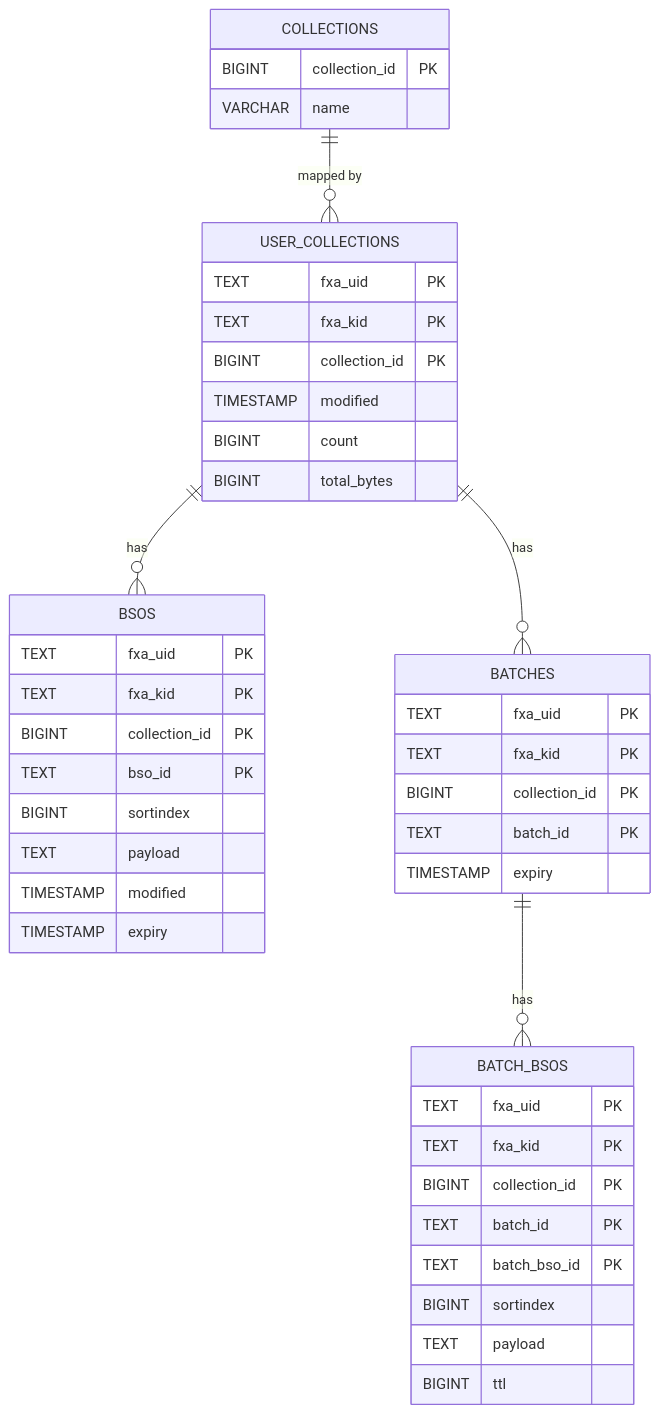
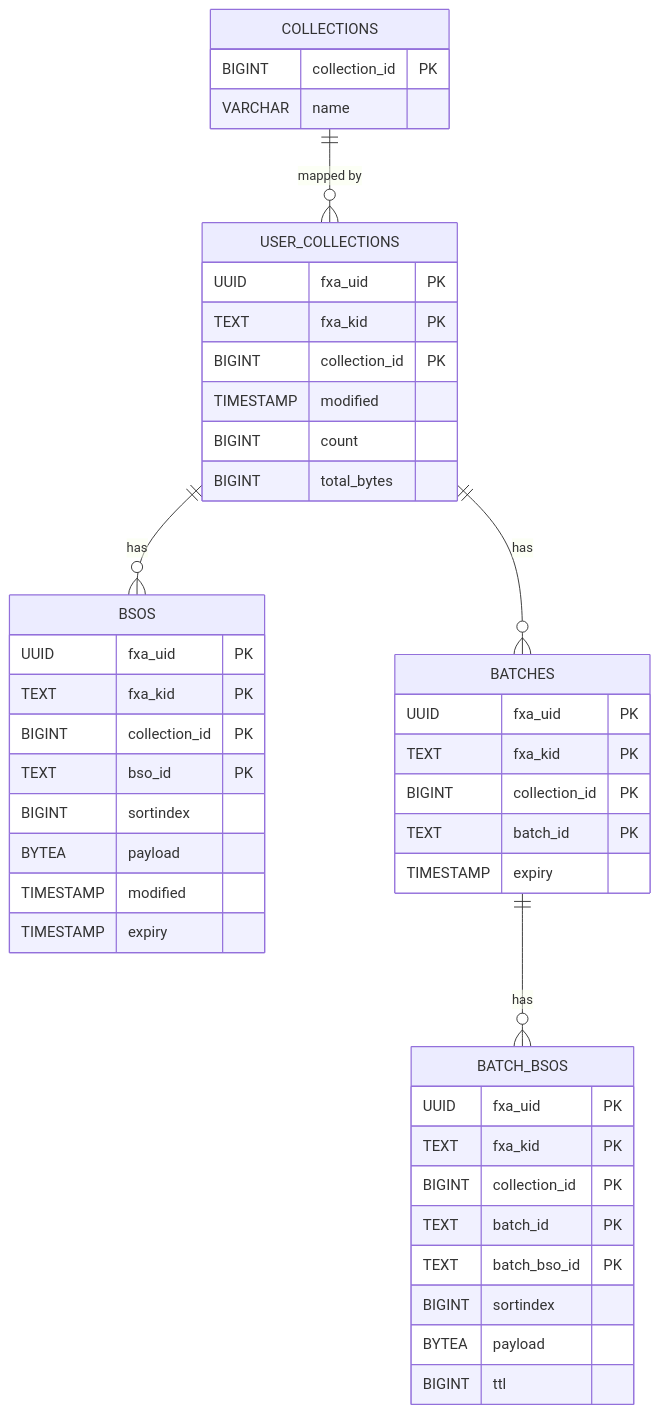
One commit to mozilla-services/syncstorage-rs changed the diagram in syncstorage-postgres/syncstorage_postgres_db.md. Above: the diagram before and after it, drawn with Mermaid. The commit also changed other lines of this file, not shown here.

````diff
--- a/syncstorage-postgres/syncstorage_postgres_db.md
+++ b/syncstorage-postgres/syncstorage_postgres_db.md
@@ -90,51 +90,51 @@
 ```mermaid
 erDiagram
     USER_COLLECTIONS {
-        TEXT fxa_uid PK
+        UUID fxa_uid PK
         TEXT fxa_kid PK
         BIGINT collection_id PK
         TIMESTAMP modified
         BIGINT count
         BIGINT total_bytes
     }
 
     COLLECTIONS {
         BIGINT collection_id PK
         VARCHAR name
     }
 
     BSOS {
-        TEXT fxa_uid PK
+        UUID fxa_uid PK
         TEXT fxa_kid PK
         BIGINT collection_id PK
         TEXT bso_id PK
         BIGINT sortindex
-        TEXT payload
+        BYTEA payload
         TIMESTAMP modified
         TIMESTAMP expiry
     }
 
     BATCHES {
-        TEXT fxa_uid PK
+        UUID fxa_uid PK
         TEXT fxa_kid PK
         BIGINT collection_id PK
         TEXT batch_id PK
         TIMESTAMP expiry
     }
 
     BATCH_BSOS {
-        TEXT fxa_uid PK
+        UUID fxa_uid PK
         TEXT fxa_kid PK
         BIGINT collection_id PK
         TEXT batch_id PK
         TEXT batch_bso_id PK
         BIGINT sortindex
-        TEXT payload
+        BYTEA payload
         BIGINT ttl
     }
 
     USER_COLLECTIONS ||--o{ BSOS : "has"
     USER_COLLECTIONS ||--o{ BATCHES : "has"
     BATCHES ||--o{ BATCH_BSOS : "has"
     COLLECTIONS ||--o{ USER_COLLECTIONS : "mapped by"
 ```
````
